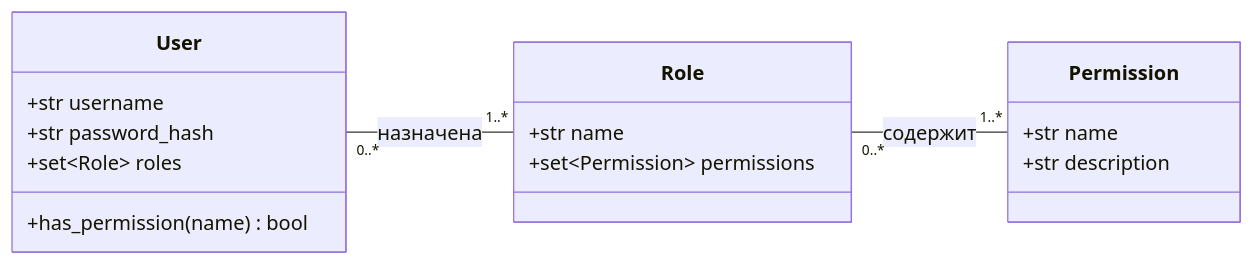
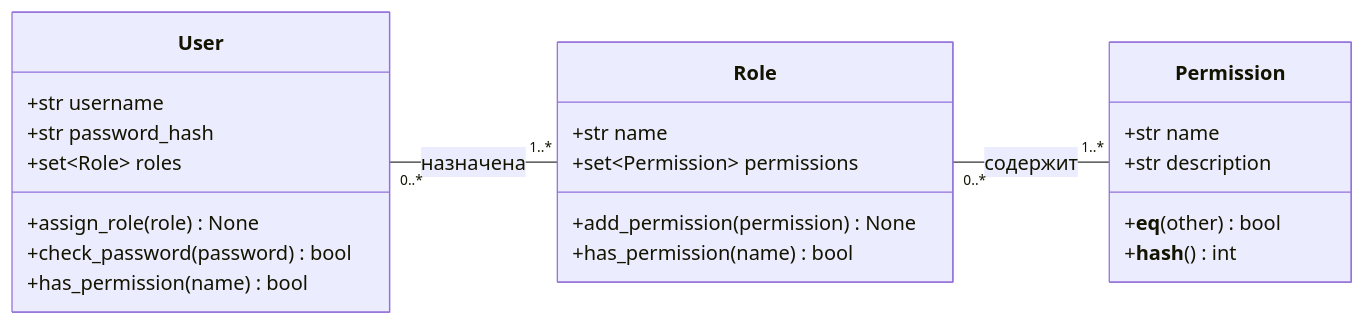
The diagram in diagram.mmd (krglmaria/internet-shop), drawn with Mermaid before and after one commit. The commit also changed 9 other files, not shown here.

First line of the commit message:
Переход на rbac.py Вики: удалена заглушка, обработка RBACConfigError, новые скриншоты и диаграмма с методами

```diff
--- a/diagram.mmd
+++ b/diagram.mmd
@@ -1,18 +1,24 @@
 classDiagram
     direction LR
     class User {
         +str username
         +str password_hash
         +set~Role~ roles
+        +assign_role(role) None
+        +check_password(password) bool
         +has_permission(name) bool
     }
     class Role {
         +str name
         +set~Permission~ permissions
+        +add_permission(permission) None
+        +has_permission(name) bool
     }
     class Permission {
         +str name
         +str description
+        +__eq__(other) bool
+        +__hash__() int
     }
     User "0..*" -- "1..*" Role : назначена
     Role "0..*" -- "1..*" Permission : содержит
```
